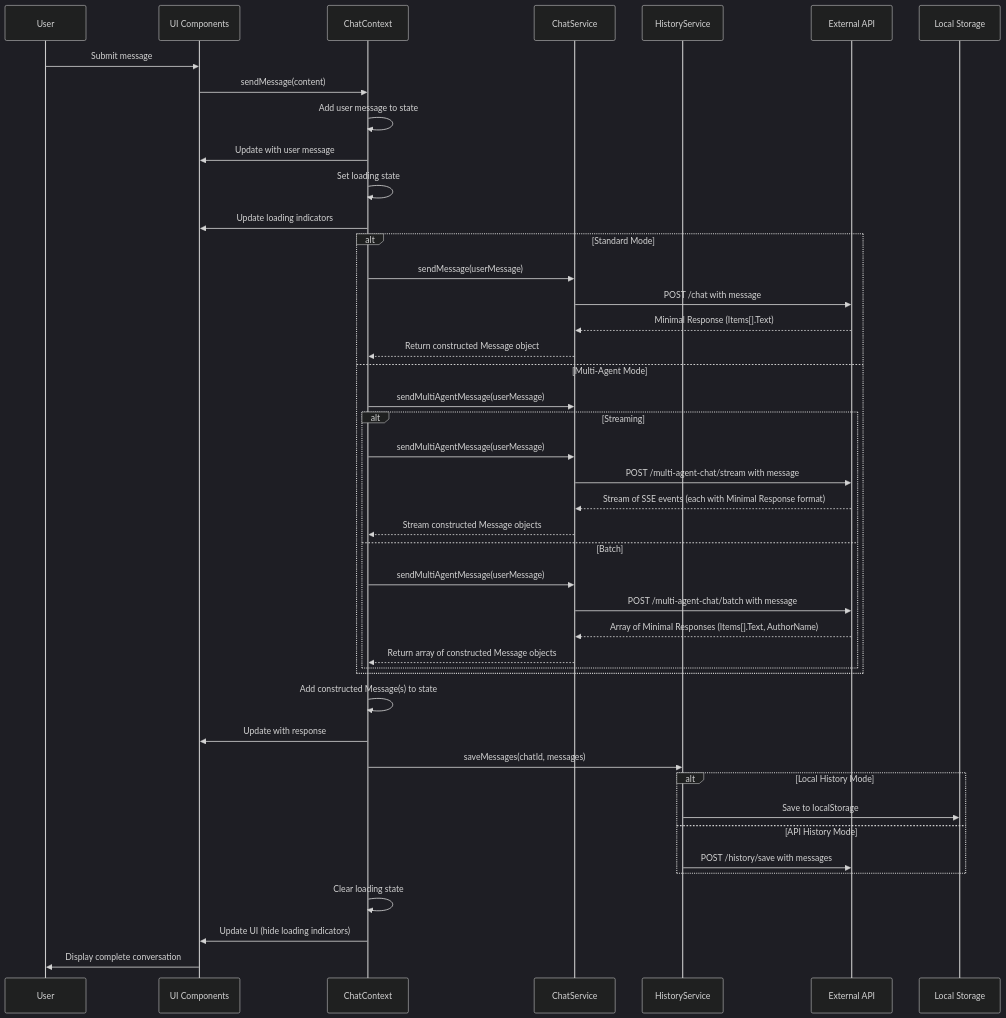
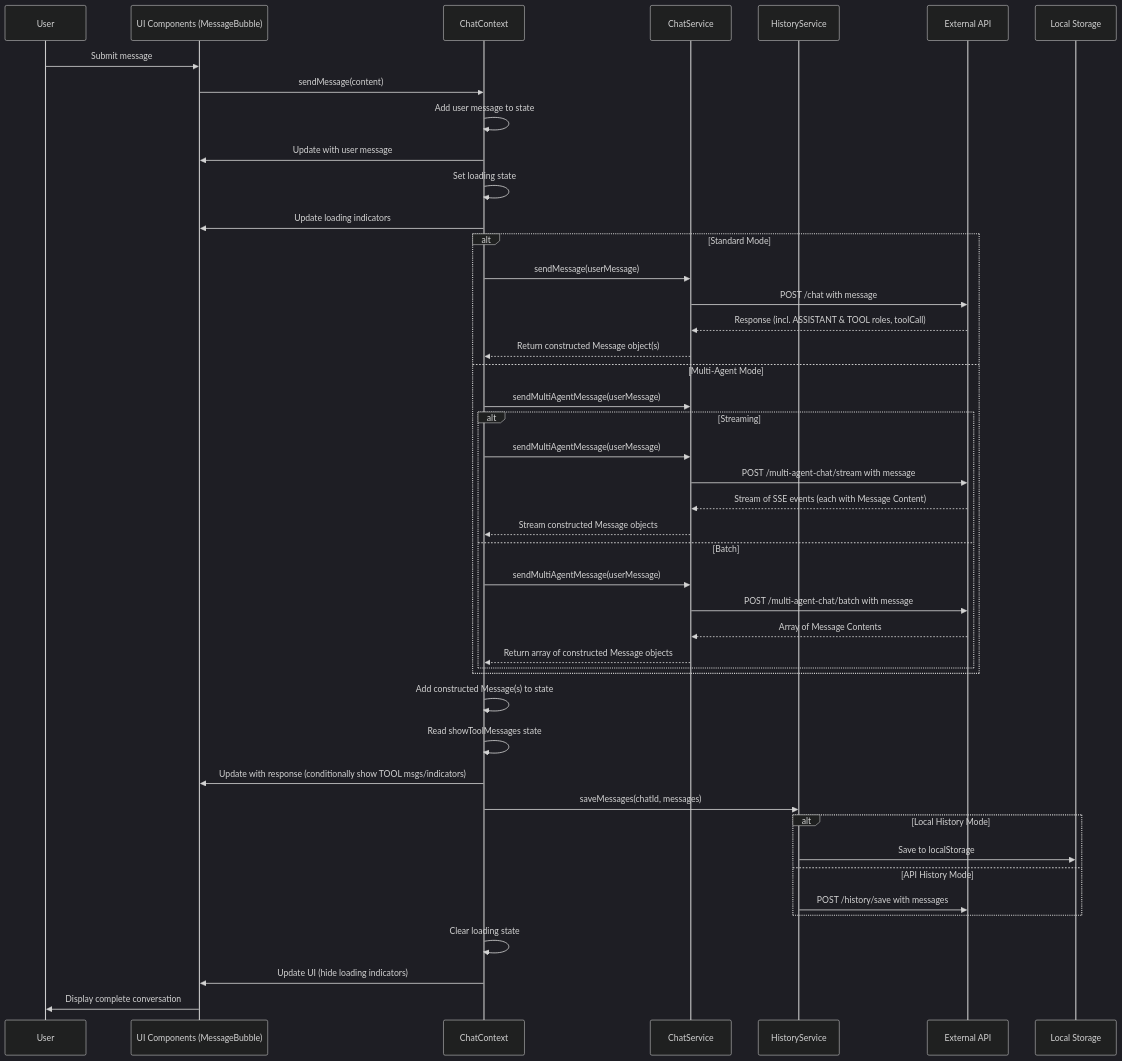
One commit to ChrisMcKee1/ChatUI changed the diagram in docs/architecture/message-processing-flow.md. Above: the diagram before and after it, drawn with Mermaid. The commit also changed other lines of this file and 23 other files, not shown here.

````diff
--- a/docs/architecture/message-processing-flow.md
+++ b/docs/architecture/message-processing-flow.md
@@ -5,56 +5,57 @@
 ```mermaid
 %%{init: {'theme':'dark'}}%%
 sequenceDiagram
     participant User
-    participant UI as UI Components
+    participant UI as UI Components (MessageBubble)
     participant ChatCtx as ChatContext
     participant ChatSvc as ChatService
     participant HistorySvc as HistoryService
     participant API as External API
     participant Storage as Local Storage
     
     User->>UI: Submit message
     UI->>ChatCtx: sendMessage(content)
     
     ChatCtx->>ChatCtx: Add user message to state
     ChatCtx->>UI: Update with user message
     
     ChatCtx->>ChatCtx: Set loading state
     ChatCtx->>UI: Update loading indicators
     
     alt Standard Mode
         ChatCtx->>ChatSvc: sendMessage(userMessage)
         ChatSvc->>API: POST /chat with message
-        API-->>ChatSvc: Minimal Response (Items[].Text)
-        ChatSvc-->>ChatCtx: Return constructed Message object
+        API-->>ChatSvc: Response (incl. ASSISTANT & TOOL roles, toolCall)
+        ChatSvc-->>ChatCtx: Return constructed Message object(s)
     else Multi-Agent Mode
         ChatCtx->>ChatSvc: sendMultiAgentMessage(userMessage)
         alt Streaming
             ChatCtx->>ChatSvc: sendMultiAgentMessage(userMessage)
             ChatSvc->>API: POST /multi-agent-chat/stream with message
-            API-->>ChatSvc: Stream of SSE events (each with Minimal Response format)
+            API-->>ChatSvc: Stream of SSE events (each with Message Content)
             ChatSvc-->>ChatCtx: Stream constructed Message objects
         else Batch
             ChatCtx->>ChatSvc: sendMultiAgentMessage(userMessage)
             ChatSvc->>API: POST /multi-agent-chat/batch with message
-            API-->>ChatSvc: Array of Minimal Responses (Items[].Text, AuthorName)
+            API-->>ChatSvc: Array of Message Contents
             ChatSvc-->>ChatCtx: Return array of constructed Message objects
         end
     end
     
     ChatCtx->>ChatCtx: Add constructed Message(s) to state
-    ChatCtx->>UI: Update with response
+    ChatCtx->>ChatCtx: Read showToolMessages state
+    ChatCtx->>UI: Update with response (conditionally show TOOL msgs/indicators)
     
     ChatCtx->>HistorySvc: saveMessages(chatId, messages)
     
     alt Local History Mode
         HistorySvc->>Storage: Save to localStorage
     else API History Mode
         HistorySvc->>API: POST /history/save with messages
     end
     
     ChatCtx->>ChatCtx: Clear loading state
     ChatCtx->>UI: Update UI (hide loading indicators)
     
     UI->>User: Display complete conversation
 ``` 
````
